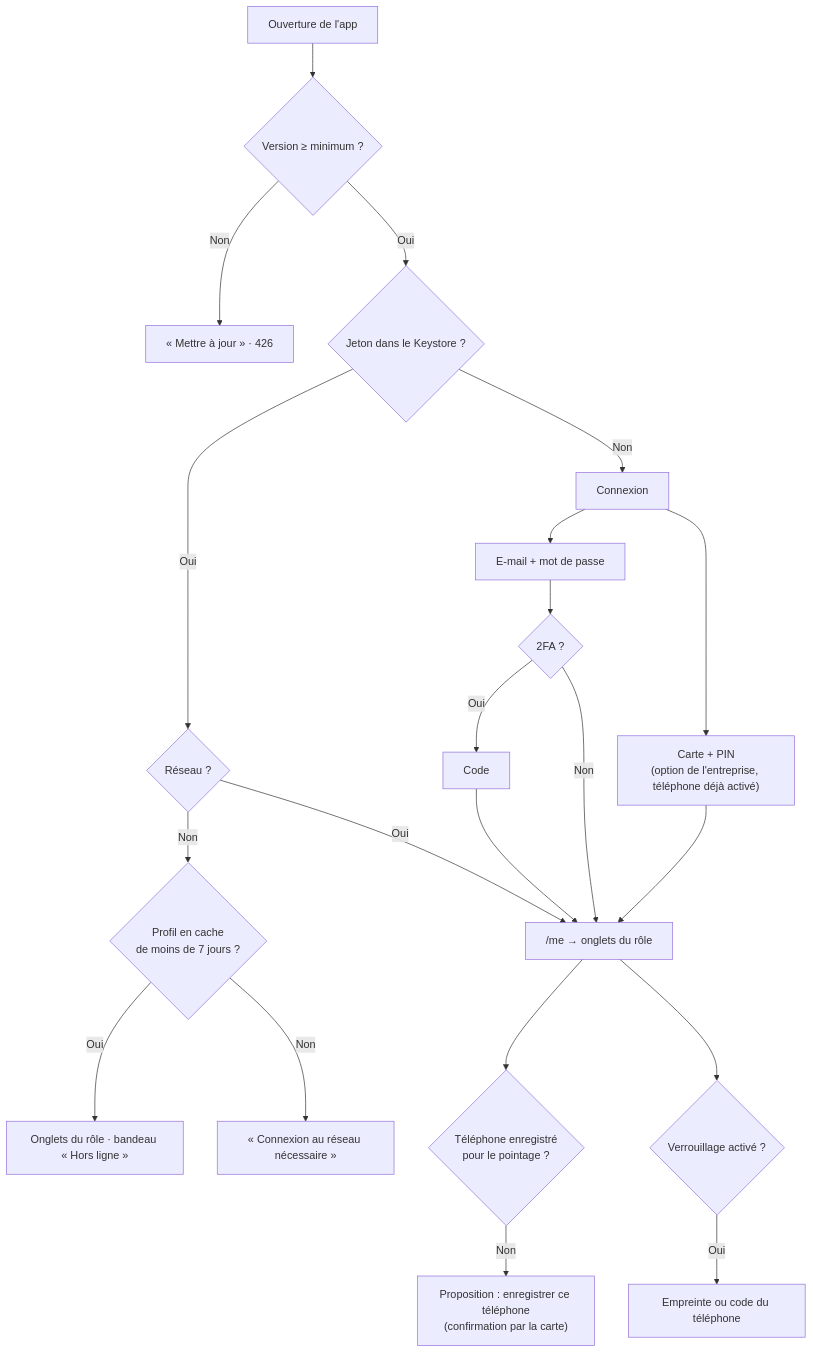
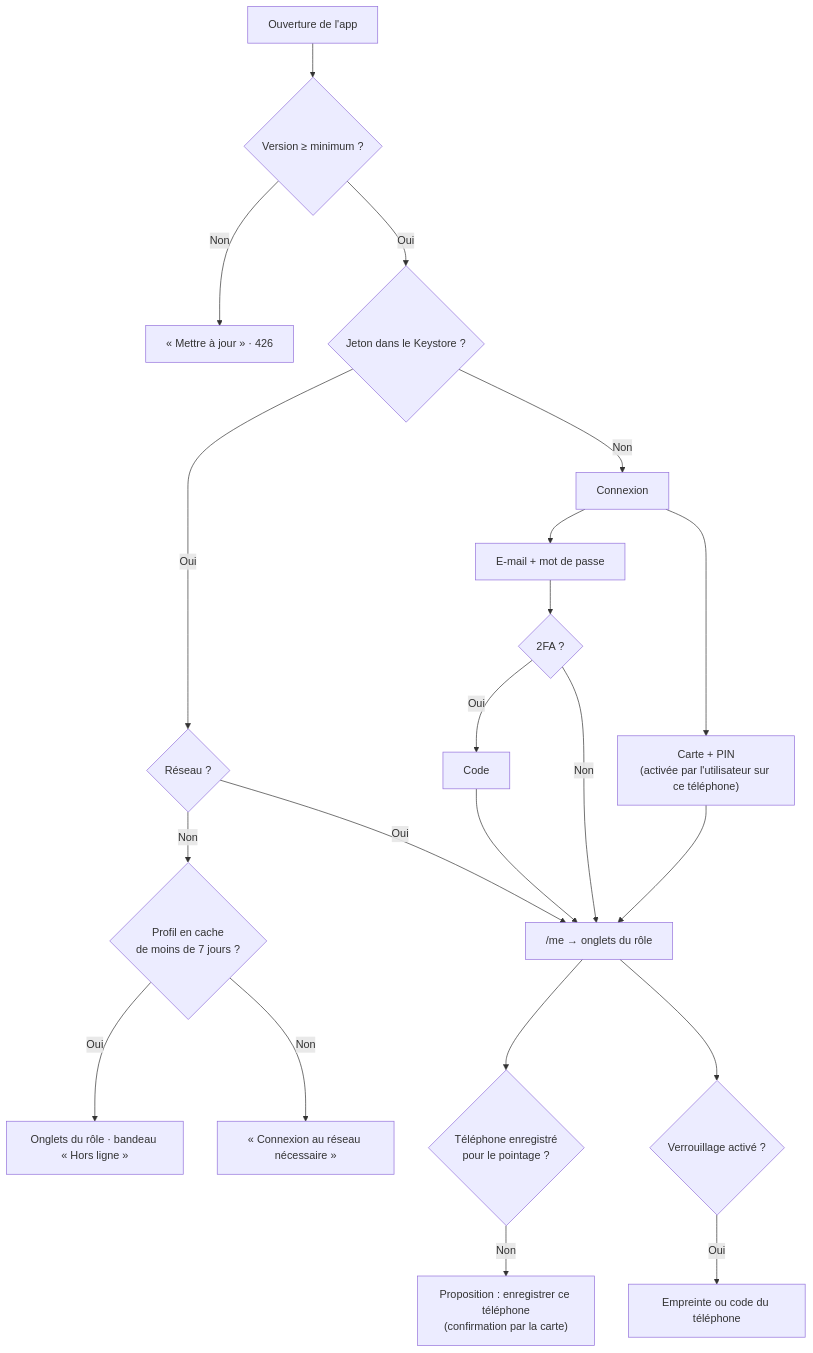
The third of 21 diagrams in 01-specifications/APPFLOW.md (riyadaOne/fluxyrh-docs), drawn with Mermaid before and after one commit. The commit also changed other lines of this file and 21 other files, not shown here.

````diff
--- a/01-specifications/APPFLOW.md
+++ b/01-specifications/APPFLOW.md
@@ -135,20 +136,20 @@
 ```mermaid
 flowchart TD
     S[Ouverture de l'app] --> V{Version ≥ minimum ?}
     V -- Non --> U[« Mettre à jour » · 426]
     V -- Oui --> T{Jeton dans le Keystore ?}
     T -- Oui --> N{Réseau ?}
     N -- Oui --> H["/me → onglets du rôle"]
     N -- Non --> CA{Profil en cache<br/>de moins de 7 jours ?}
     CA -- Oui --> HO["Onglets du rôle · bandeau « Hors ligne »"]
     CA -- Non --> NR[« Connexion au réseau nécessaire »]
     T -- Non --> LG[Connexion]
     LG --> M1[E-mail + mot de passe] --> F2{2FA ?}
     F2 -- Oui --> F3[Code] --> H
     F2 -- Non --> H
-    LG --> M2["Carte + PIN<br/>(option de l'entreprise, téléphone déjà activé)"] --> H
+    LG --> M2["Carte + PIN<br/>(activée par l'utilisateur sur ce téléphone)"] --> H
     H --> REG{Téléphone enregistré<br/>pour le pointage ?}
     REG -- Non --> RG["Proposition : enregistrer ce téléphone<br/>(confirmation par la carte)"]
     H --> LK{Verrouillage activé ?}
     LK -- Oui --> BIO[Empreinte ou code du téléphone]
 ```
````
